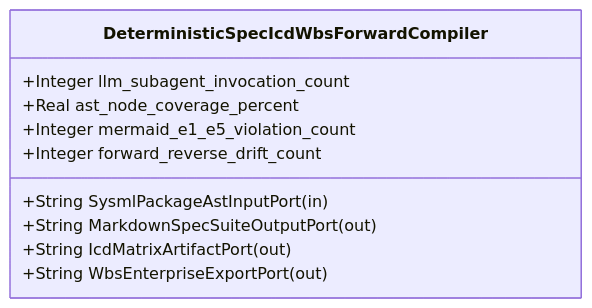
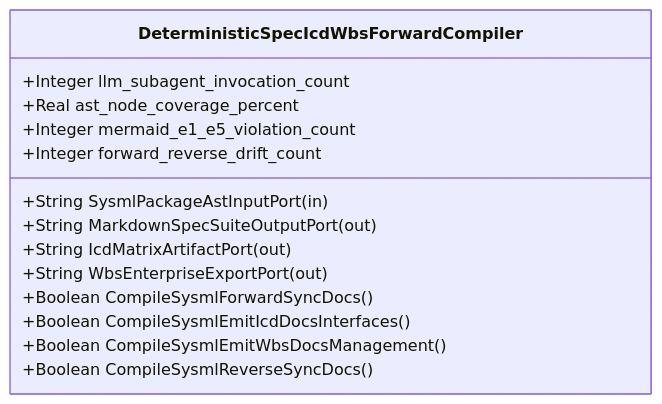
Before and after one commit to gintatkinson/DEAP01-spec-core: the diagram in .pipeline/upstream/docs/features/FEAT-18-DeterministicSpecIcdWbsForwardCompiler.md, drawn with Mermaid. The commit also changed other lines of this file and 225 other files, not shown here.

````diff
--- a/.pipeline/upstream/docs/features/FEAT-18-DeterministicSpecIcdWbsForwardCompiler.md
+++ b/.pipeline/upstream/docs/features/FEAT-18-DeterministicSpecIcdWbsForwardCompiler.md
@@ -16,13 +16,17 @@
 ```mermaid
 classDiagram
     class DeterministicSpecIcdWbsForwardCompiler {
         +String SysmlPackageAstInputPort (in)
         +String MarkdownSpecSuiteOutputPort (out)
         +String IcdMatrixArtifactPort (out)
         +String WbsEnterpriseExportPort (out)
         +Integer llm_subagent_invocation_count
         +Real ast_node_coverage_percent
         +Integer mermaid_e1_e5_violation_count
         +Integer forward_reverse_drift_count
+        +Boolean CompileSysmlForwardSyncDocs()
+        +Boolean CompileSysmlEmitIcdDocsInterfaces()
+        +Boolean CompileSysmlEmitWbsDocsManagement()
+        +Boolean CompileSysmlReverseSyncDocs()
     }
 ```
````
